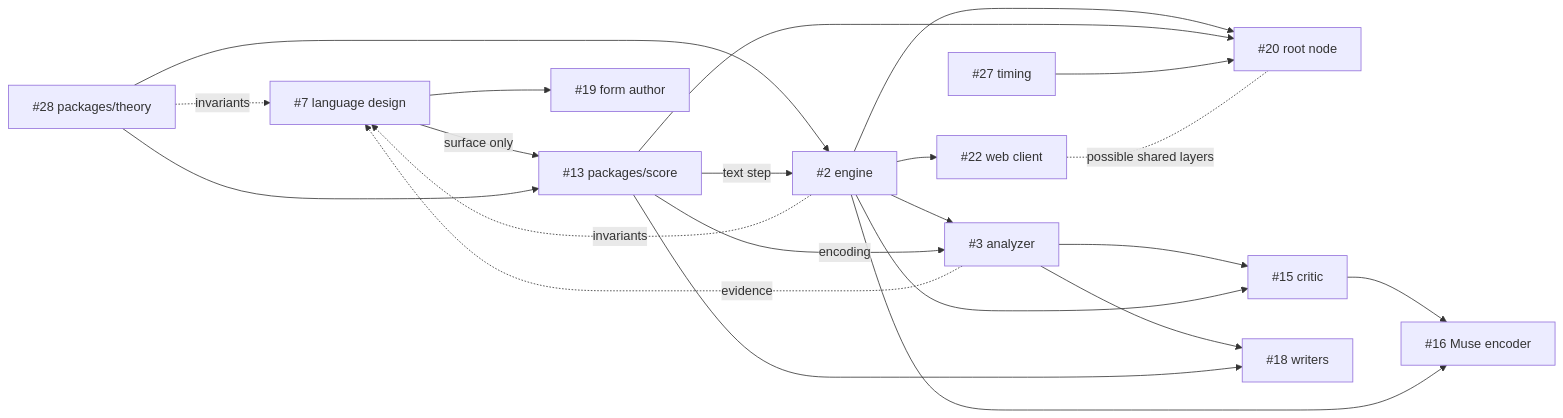
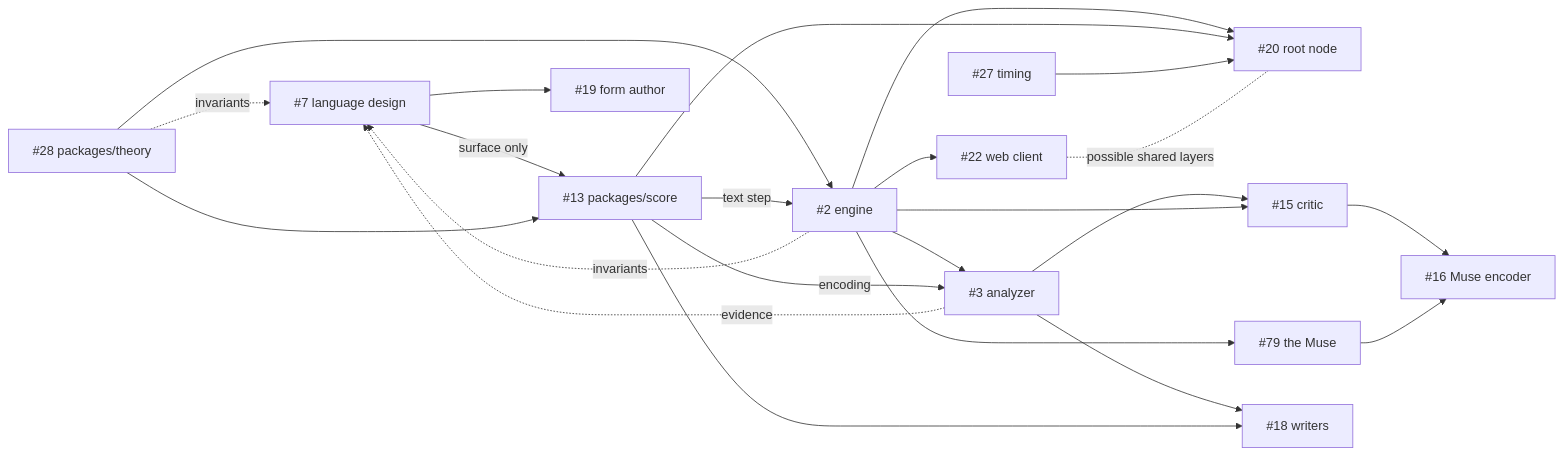
One commit to yggi/jambot changed the diagram in docs/ROADMAP.md. Above: the diagram before and after it, drawn with Mermaid. The commit also changed other lines of this file and 4 other files, not shown here.

````diff
--- a/docs/ROADMAP.md
+++ b/docs/ROADMAP.md
@@ -132,24 +132,25 @@
 ```mermaid
 graph LR
   L7["#7 language design"] -- "surface only" --> S13["#13 packages/score"]
   T28["#28 packages/theory"] --> S13
   T28 --> E2
   T28 -. "invariants" .-> L7
   S13 -- "text step" --> E2["#2 engine"]
   E2 -. "invariants" .-> L7
   E2 --> A3["#3 analyzer"]
   S13 -- "encoding" --> A3
   A3 -. "evidence" .-> L7
   E2 --> W22["#22 web client"]
   E2 --> R20["#20 root node"]
   S13 --> R20
   T27["#27 timing"] --> R20
   W22 -. "possible shared layers" .- R20
   A3 --> C15["#15 critic"]
   E2 --> C15
   C15 --> M16["#16 Muse encoder"]
-  E2 --> M16
+  E2 --> M79["#79 the Muse"]
+  M79 --> M16
   A3 --> W18["#18 writers"]
   S13 --> W18
   L7 --> F19["#19 form author"]
 ```
````
